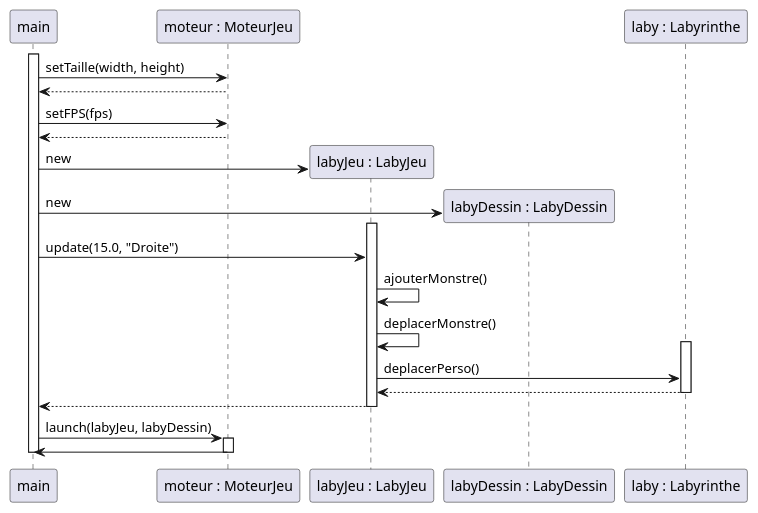
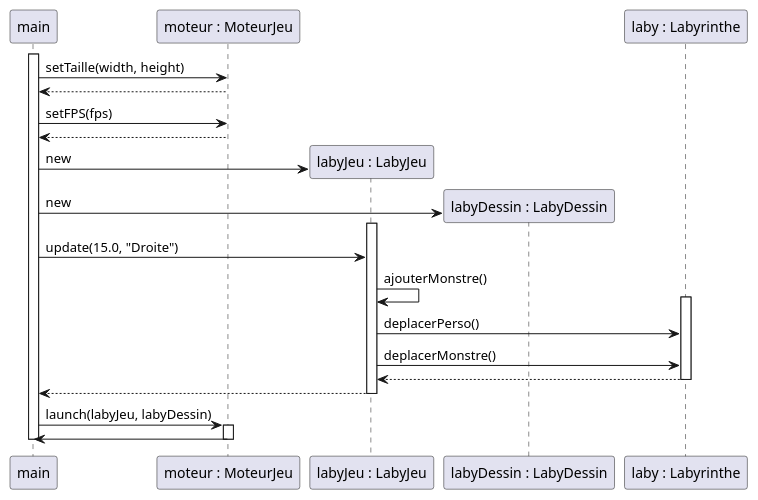
One commit to Zhi-Sheng-Trieu/2022_Zeldiablo_Doan_Oudin_Trieu_Noel changed the diagram in documents/version_3/DiagrammeSeqDeplacementAleaMonstre.puml. Above: the diagram before and after it, drawn with PlantUML.

Commit message:
diag seq bouger monstre up

```diff
--- a/documents/version_3/DiagrammeSeqDeplacementAleaMonstre.puml
+++ b/documents/version_3/DiagrammeSeqDeplacementAleaMonstre.puml
@@ -1,38 +1,38 @@
 @startuml
 participant "main" as main
 participant "moteur : MoteurJeu" as moteur
 participant "labyJeu : LabyJeu" as labyJeu
 participant "labyDessin : LabyDessin" as labyDessin
 participant "laby : Labyrinthe" as laby
 
 
 activate main
     main -> moteur : setTaille(width, height)
     moteur --> main
     main -> moteur : setFPS(fps)
     moteur --> main
     create labyJeu
     main -> labyJeu : new
     create labyDessin
     main -> labyDessin : new
 
     activate labyJeu
         main -> labyJeu : update(15.0, "Droite")
         labyJeu -> labyJeu : ajouterMonstre()
-        labyJeu -> labyJeu : deplacerMonstre()
         activate laby
             labyJeu -> laby : deplacerPerso()
+            labyJeu -> laby : deplacerMonstre()
             laby --> labyJeu
         deactivate laby
 
     labyJeu --> main
     deactivate labyJeu
 
     main -> moteur : launch(labyJeu, labyDessin)
     activate moteur
     moteur -> main
     deactivate moteur
 
 deactivate main
 
 @enduml
```
